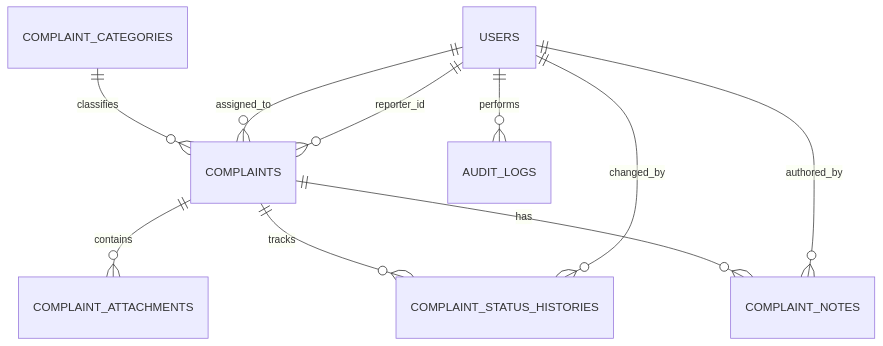
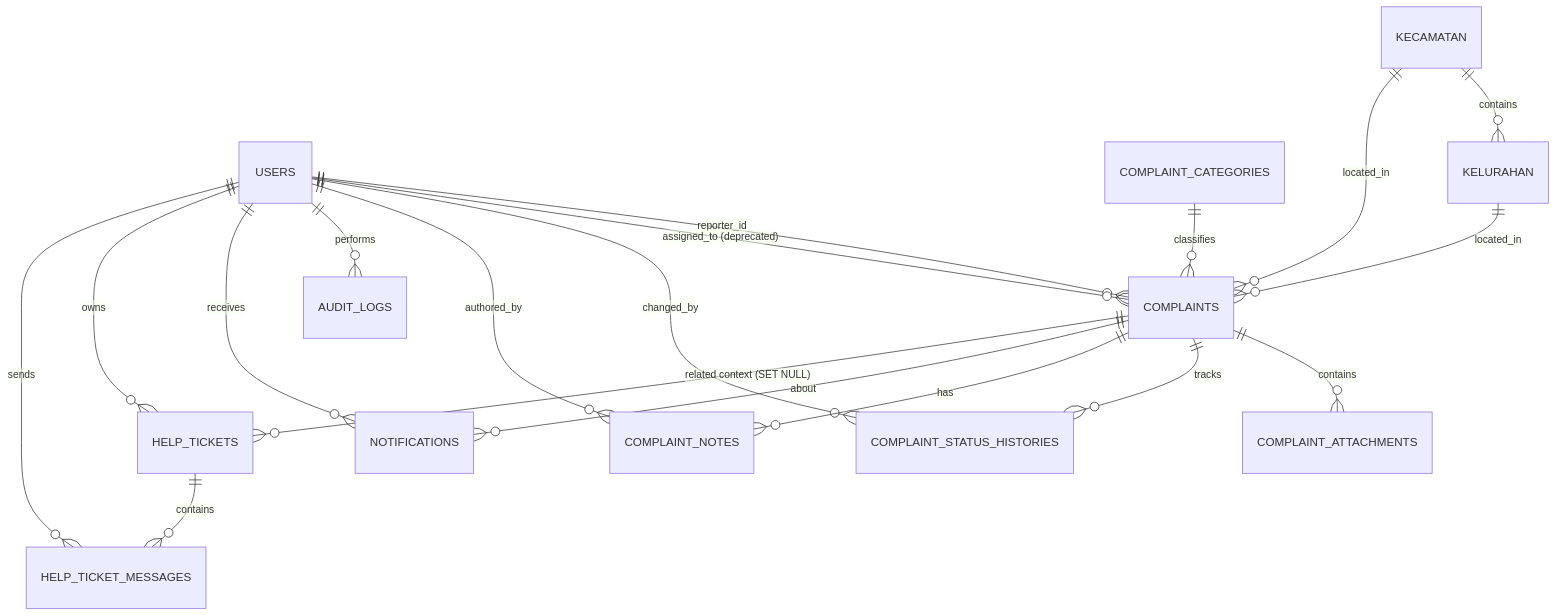
One commit to nathsville/superbie changed the diagram in schema.md. Above: the diagram before and after it, drawn with Mermaid. The commit also changed other lines of this file and 355 other files, not shown here.

````diff
--- a/schema.md
+++ b/schema.md
@@ -34,12 +39,21 @@
 ```mermaid
 erDiagram
     USERS ||--o{ COMPLAINTS : reporter_id
-    USERS ||--o{ COMPLAINTS : assigned_to
+    USERS ||--o{ COMPLAINTS : "assigned_to (deprecated)"
     USERS ||--o{ COMPLAINT_STATUS_HISTORIES : changed_by
     USERS ||--o{ COMPLAINT_NOTES : authored_by
     USERS ||--o{ AUDIT_LOGS : performs
     COMPLAINT_CATEGORIES ||--o{ COMPLAINTS : classifies
     COMPLAINTS ||--o{ COMPLAINT_ATTACHMENTS : contains
     COMPLAINTS ||--o{ COMPLAINT_STATUS_HISTORIES : tracks
     COMPLAINTS ||--o{ COMPLAINT_NOTES : has
+    USERS ||--o{ NOTIFICATIONS : receives
+    COMPLAINTS ||--o{ NOTIFICATIONS : about
+    USERS ||--o{ HELP_TICKETS : owns
+    USERS ||--o{ HELP_TICKET_MESSAGES : sends
+    COMPLAINTS ||--o{ HELP_TICKETS : "related context (SET NULL)"
+    HELP_TICKETS ||--o{ HELP_TICKET_MESSAGES : contains
+    KECAMATAN ||--o{ KELURAHAN : contains
+    KECAMATAN ||--o{ COMPLAINTS : located_in
+    KELURAHAN ||--o{ COMPLAINTS : located_in
 ```
````
